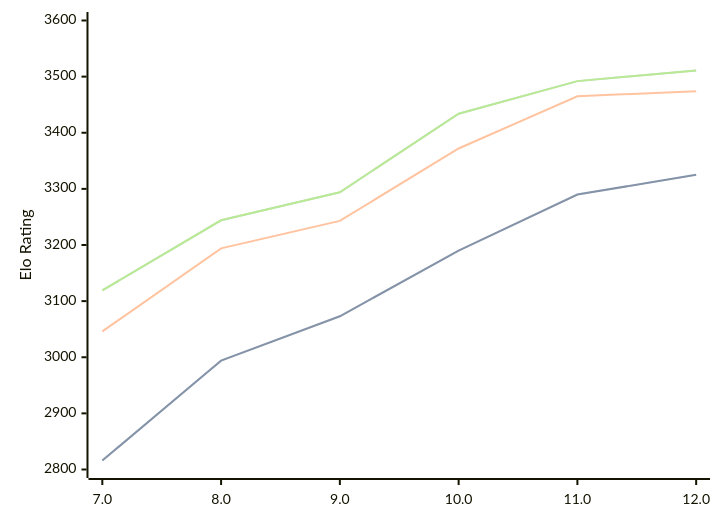
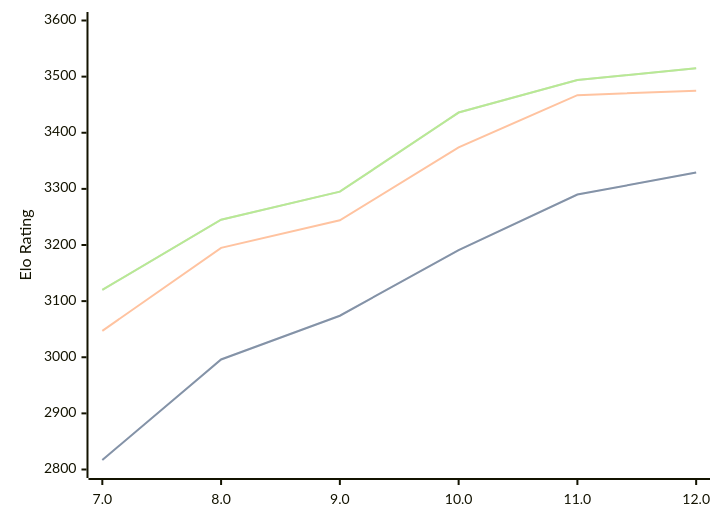
The diagram in engines/Tcheran.md (computer-chess-index/cci), drawn with Mermaid before and after one commit. The commit also changed other lines of this file, not shown here.

Commit message:
Update CCI Ratings (ELO VLTC) - 2026-05-16

````diff
--- a/engines/Tcheran.md
+++ b/engines/Tcheran.md
@@ -50,11 +50,11 @@
 ```mermaid
 %%{init: {"theme":"base","themeVariables":{"seriesColors:['#a3a3a3','#222221','#faa371']}}}%%
 xychart-beta
   x-axis ["7.0", "8.0", "9.0", "10.0", "11.0", "12.0"]
   y-axis "Elo Rating" 2800 --> 3600
-  line "STC (8.0+0.08s)" [2816, 2994, 3073, 3190, 3290, 3325]
-  line "STC (8.0+0.08s)" [2816, 2994, 3073, 3190, 3290, 3325]
-  line "LTC (60.0+0.60s)" [3046, 3194, 3243, 3372, 3465, 3474]
-  line "VLTC (2m24s+1.12s)" [3119, 3244, 3294, 3434, 3492, 3511]
-  line "VLTC (2m24s+1.12s)" [3119, 3244, 3294, 3434, 3492, 3511]
+  line "STC (8.0+0.08s)" [2817, 2996, 3074, 3191, 3290, 3329]
+  line "STC (8.0+0.08s)" [2817, 2996, 3074, 3191, 3290, 3329]
+  line "LTC (60.0+0.60s)" [3047, 3195, 3244, 3374, 3467, 3475]
+  line "VLTC (2m24s+1.12s)" [3120, 3245, 3295, 3436, 3494, 3515]
+  line "VLTC (2m24s+1.12s)" [3120, 3245, 3295, 3436, 3494, 3515]
 ```
````
